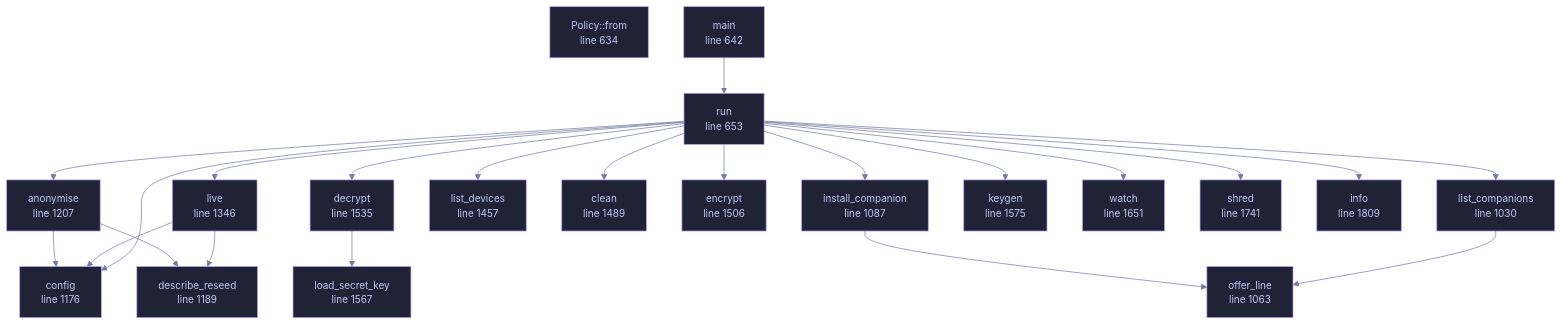
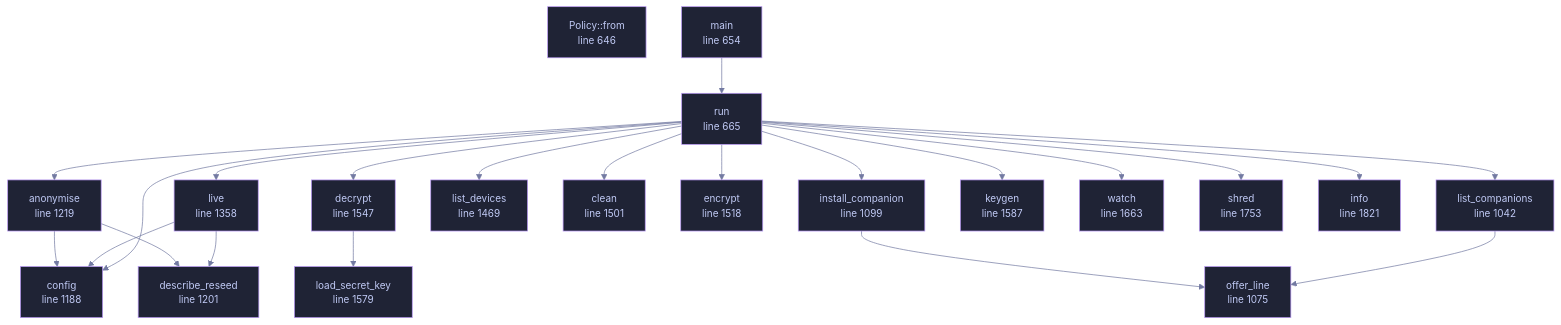
Before and after one commit to tilas01/veilvoice: the diagram in wiki/File-veilvoice-cli-main.md, drawn with Mermaid. The commit also changed other lines of this file and 182 other files, not shown here.

````diff
--- a/wiki/File-veilvoice-cli-main.md
+++ b/wiki/File-veilvoice-cli-main.md
@@ -100,65 +113,65 @@
 ```mermaid
 %%{init: {"theme":"base","themeVariables":{"background":"#1a1b26","primaryColor":"#1f2335","primaryTextColor":"#c0caf5","primaryBorderColor":"#7aa2f7","secondaryColor":"#16161e","tertiaryColor":"#16161e","lineColor":"#737aa2","textColor":"#c0caf5","mainBkg":"#1f2335","nodeBorder":"#7aa2f7","clusterBkg":"#16161e","clusterBorder":"#2f3549","fontFamily":"ui-monospace, SFMono-Regular, Consolas, monospace","fontSize":"14px"}}}%%
 flowchart TD
-    n_from["Policy::from<br/>line 634"]
-    n_main["main<br/>line 642"]
-    n_run["run<br/>line 653"]
-    n_list_companions["list_companions<br/>line 1030"]
-    n_offer_line["offer_line<br/>line 1063"]
-    n_install_companion["install_companion<br/>line 1087"]
-    n_config["config<br/>line 1176"]
-    n_describe_reseed["describe_reseed<br/>line 1189"]
-    n_anonymise["anonymise<br/>line 1207"]
-    n_live["live<br/>line 1346"]
-    n_list_devices["list_devices<br/>line 1457"]
-    n_clean["clean<br/>line 1489"]
-    n_encrypt["encrypt<br/>line 1506"]
-    n_decrypt["decrypt<br/>line 1535"]
-    n_load_secret_key["load_secret_key<br/>line 1567"]
-    n_keygen["keygen<br/>line 1575"]
-    n_watch["watch<br/>line 1651"]
-    n_shred["shred<br/>line 1741"]
-    n_info["info<br/>line 1809"]
+    n_from["Policy::from<br/>line 646"]
+    n_main["main<br/>line 654"]
+    n_run["run<br/>line 665"]
+    n_list_companions["list_companions<br/>line 1042"]
+    n_offer_line["offer_line<br/>line 1075"]
+    n_install_companion["install_companion<br/>line 1099"]
+    n_config["config<br/>line 1188"]
+    n_describe_reseed["describe_reseed<br/>line 1201"]
+    n_anonymise["anonymise<br/>line 1219"]
+    n_live["live<br/>line 1358"]
+    n_list_devices["list_devices<br/>line 1469"]
+    n_clean["clean<br/>line 1501"]
+    n_encrypt["encrypt<br/>line 1518"]
+    n_decrypt["decrypt<br/>line 1547"]
+    n_load_secret_key["load_secret_key<br/>line 1579"]
+    n_keygen["keygen<br/>line 1587"]
+    n_watch["watch<br/>line 1663"]
+    n_shred["shred<br/>line 1753"]
+    n_info["info<br/>line 1821"]
     n_anonymise --> n_config
     n_anonymise --> n_describe_reseed
     n_decrypt --> n_load_secret_key
     n_install_companion --> n_offer_line
     n_list_companions --> n_offer_line
     n_live --> n_config
     n_live --> n_describe_reseed
     n_main --> n_run
     n_run --> n_anonymise
     n_run --> n_clean
     n_run --> n_config
     n_run --> n_decrypt
     n_run --> n_encrypt
     n_run --> n_info
     n_run --> n_install_companion
     n_run --> n_keygen
     n_run --> n_list_companions
     n_run --> n_list_devices
     n_run --> n_live
     n_run --> n_shred
     n_run --> n_watch
-    click n_from href "https://github.com/tilas01/veilvoice/blob/main/crates/veilvoice-cli/src/main.rs#L634" "open the source"
-    click n_main href "https://github.com/tilas01/veilvoice/blob/main/crates/veilvoice-cli/src/main.rs#L642" "open the source"
-    click n_run href "https://github.com/tilas01/veilvoice/blob/main/crates/veilvoice-cli/src/main.rs#L653" "open the source"
-    click n_list_companions href "https://github.com/tilas01/veilvoice/blob/main/crates/veilvoice-cli/src/main.rs#L1030" "open the source"
-    click n_offer_line href "https://github.com/tilas01/veilvoice/blob/main/crates/veilvoice-cli/src/main.rs#L1063" "open the source"
-    click n_install_companion href "https://github.com/tilas01/veilvoice/blob/main/crates/veilvoice-cli/src/main.rs#L1087" "open the source"
-    click n_config href "https://github.com/tilas01/veilvoice/blob/main/crates/veilvoice-cli/src/main.rs#L1176" "open the source"
-    click n_describe_reseed href "https://github.com/tilas01/veilvoice/blob/main/crates/veilvoice-cli/src/main.rs#L1189" "open the source"
-    click n_anonymise href "https://github.com/tilas01/veilvoice/blob/main/crates/veilvoice-cli/src/main.rs#L1207" "open the source"
-    click n_live href "https://github.com/tilas01/veilvoice/blob/main/crates/veilvoice-cli/src/main.rs#L1346" "open the source"
-    click n_list_devices href "https://github.com/tilas01/veilvoice/blob/main/crates/veilvoice-cli/src/main.rs#L1457" "open the source"
-    click n_clean href "https://github.com/tilas01/veilvoice/blob/main/crates/veilvoice-cli/src/main.rs#L1489" "open the source"
-    click n_encrypt href "https://github.com/tilas01/veilvoice/blob/main/crates/veilvoice-cli/src/main.rs#L1506" "open the source"
-    click n_decrypt href "https://github.com/tilas01/veilvoice/blob/main/crates/veilvoice-cli/src/main.rs#L1535" "open the source"
-    click n_load_secret_key href "https://github.com/tilas01/veilvoice/blob/main/crates/veilvoice-cli/src/main.rs#L1567" "open the source"
-    click n_keygen href "https://github.com/tilas01/veilvoice/blob/main/crates/veilvoice-cli/src/main.rs#L1575" "open the source"
-    click n_watch href "https://github.com/tilas01/veilvoice/blob/main/crates/veilvoice-cli/src/main.rs#L1651" "open the source"
-    click n_shred href "https://github.com/tilas01/veilvoice/blob/main/crates/veilvoice-cli/src/main.rs#L1741" "open the source"
-    click n_info href "https://github.com/tilas01/veilvoice/blob/main/crates/veilvoice-cli/src/main.rs#L1809" "open the source"
+    click n_from href "https://github.com/tilas01/veilvoice/blob/main/crates/veilvoice-cli/src/main.rs#L646" "open the source"
+    click n_main href "https://github.com/tilas01/veilvoice/blob/main/crates/veilvoice-cli/src/main.rs#L654" "open the source"
+    click n_run href "https://github.com/tilas01/veilvoice/blob/main/crates/veilvoice-cli/src/main.rs#L665" "open the source"
+    click n_list_companions href "https://github.com/tilas01/veilvoice/blob/main/crates/veilvoice-cli/src/main.rs#L1042" "open the source"
+    click n_offer_line href "https://github.com/tilas01/veilvoice/blob/main/crates/veilvoice-cli/src/main.rs#L1075" "open the source"
+    click n_install_companion href "https://github.com/tilas01/veilvoice/blob/main/crates/veilvoice-cli/src/main.rs#L1099" "open the source"
+    click n_config href "https://github.com/tilas01/veilvoice/blob/main/crates/veilvoice-cli/src/main.rs#L1188" "open the source"
+    click n_describe_reseed href "https://github.com/tilas01/veilvoice/blob/main/crates/veilvoice-cli/src/main.rs#L1201" "open the source"
+    click n_anonymise href "https://github.com/tilas01/veilvoice/blob/main/crates/veilvoice-cli/src/main.rs#L1219" "open the source"
+    click n_live href "https://github.com/tilas01/veilvoice/blob/main/crates/veilvoice-cli/src/main.rs#L1358" "open the source"
+    click n_list_devices href "https://github.com/tilas01/veilvoice/blob/main/crates/veilvoice-cli/src/main.rs#L1469" "open the source"
+    click n_clean href "https://github.com/tilas01/veilvoice/blob/main/crates/veilvoice-cli/src/main.rs#L1501" "open the source"
+    click n_encrypt href "https://github.com/tilas01/veilvoice/blob/main/crates/veilvoice-cli/src/main.rs#L1518" "open the source"
+    click n_decrypt href "https://github.com/tilas01/veilvoice/blob/main/crates/veilvoice-cli/src/main.rs#L1547" "open the source"
+    click n_load_secret_key href "https://github.com/tilas01/veilvoice/blob/main/crates/veilvoice-cli/src/main.rs#L1579" "open the source"
+    click n_keygen href "https://github.com/tilas01/veilvoice/blob/main/crates/veilvoice-cli/src/main.rs#L1587" "open the source"
+    click n_watch href "https://github.com/tilas01/veilvoice/blob/main/crates/veilvoice-cli/src/main.rs#L1663" "open the source"
+    click n_shred href "https://github.com/tilas01/veilvoice/blob/main/crates/veilvoice-cli/src/main.rs#L1753" "open the source"
+    click n_info href "https://github.com/tilas01/veilvoice/blob/main/crates/veilvoice-cli/src/main.rs#L1821" "open the source"
     classDef helper fill:#1f2335,stroke:#bb9af7,color:#c0caf5
     class n_from,n_main,n_run,n_list_companions,n_offer_line,n_install_companion,n_config,n_describe_reseed,n_anonymise,n_live,n_list_devices,n_clean,n_encrypt,n_decrypt,n_load_secret_key,n_keygen,n_watch,n_shred,n_info helper
 ```
````
